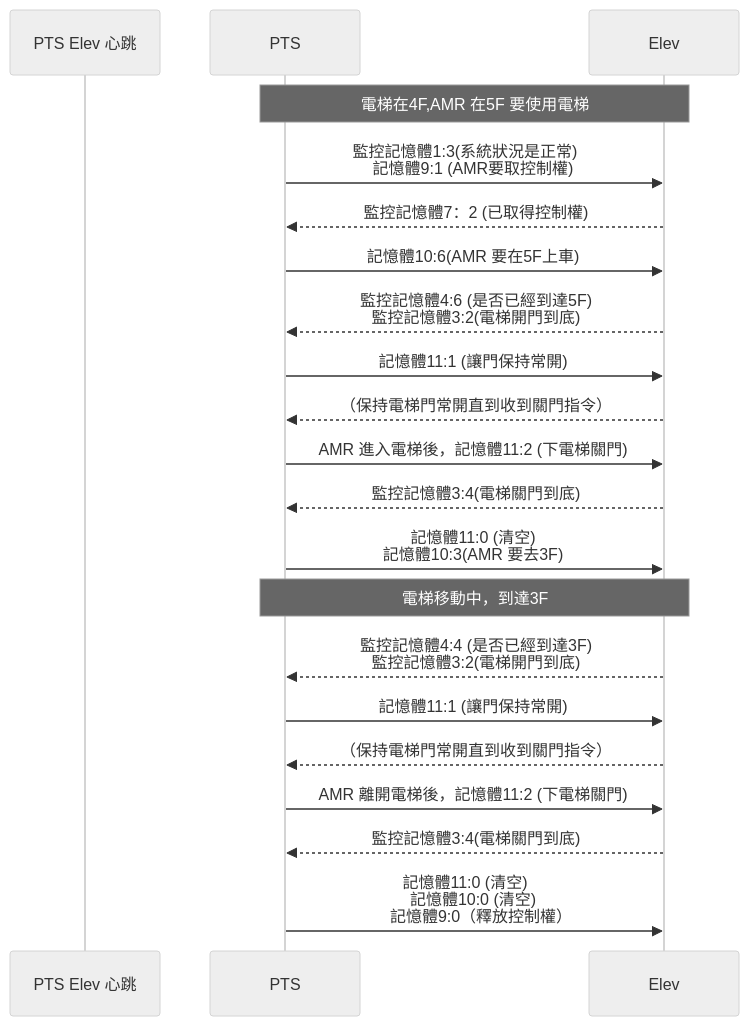
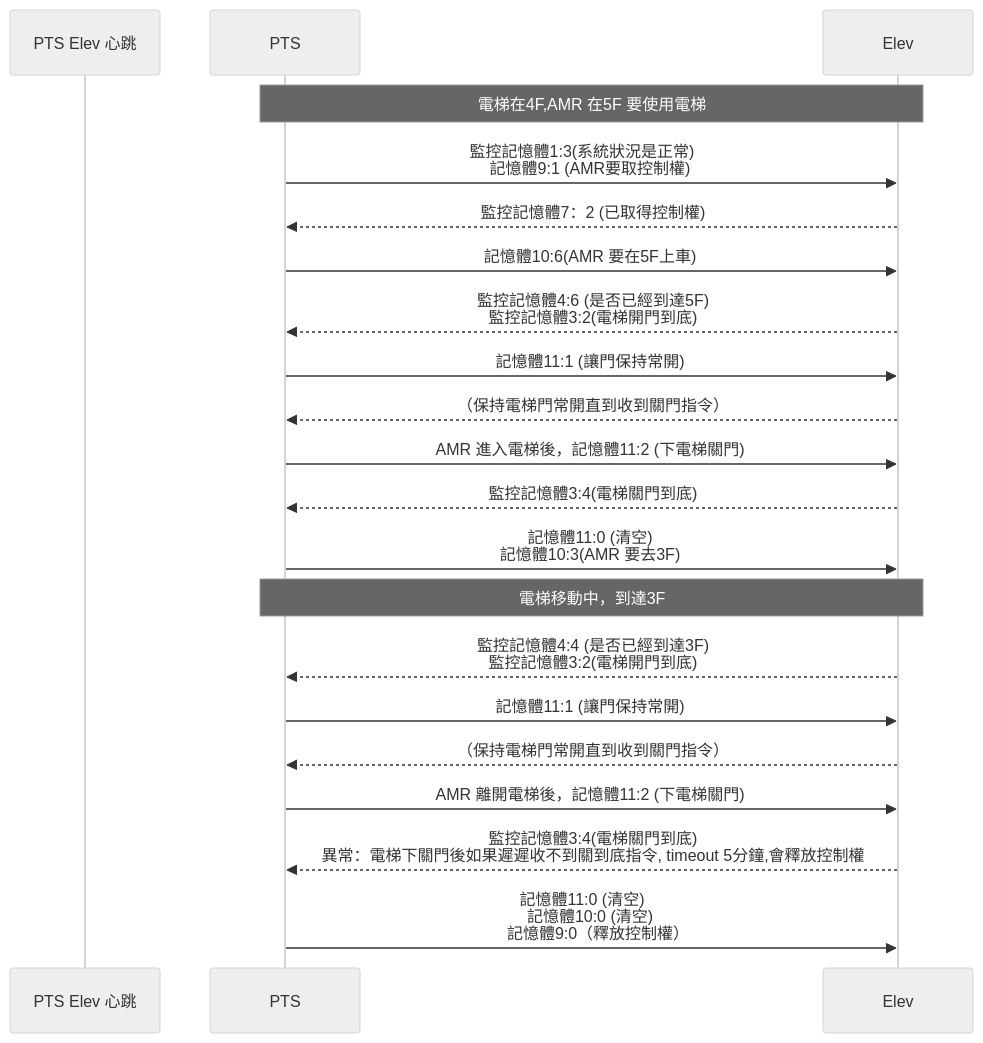
The second of 2 diagrams in README.md (athena-tircgo/amr-elev-Zhunan), drawn with Mermaid (neutral theme) before and after one commit.

````diff
--- a/README.md
+++ b/README.md
@@ -23,26 +23,26 @@
 ```mermaid
 sequenceDiagram
 
     participant PTS Elev 心跳
     participant PTS
     participant Elev
 
  note over PTS,Elev: 電梯在4F,AMR 在5F 要使用電梯
         PTS->>Elev:監控記憶體1:3(系統狀況是正常)　<br>記憶體9:1 (AMR要取控制權)
         Elev-->>PTS:監控記憶體7：2 (已取得控制權)
         PTS->>Elev: 記憶體10:6(AMR 要在5F上車)
         Elev-->>PTS:監控記憶體4:6 (是否已經到達5F) <BR> 監控記憶體3:2(電梯開門到底)
         PTS->>Elev: 記憶體11:1 (讓門保持常開)
         Elev-->>PTS:（保持電梯門常開直到收到關門指令）　　
         PTS->>Elev: AMR 進入電梯後，記憶體11:2 (下電梯關門)
         Elev-->>PTS: 監控記憶體3:4(電梯關門到底)
         PTS->>Elev: 記憶體11:0 (清空) <br> 記憶體10:3(AMR 要去3F)
  note over PTS,Elev: 電梯移動中，到達3F
 　　　　　Elev-->>PTS: 監控記憶體4:4 (是否已經到達3F) <BR> 監控記憶體3:2(電梯開門到底)
         PTS->>Elev: 記憶體11:1 (讓門保持常開)
         Elev-->>PTS:（保持電梯門常開直到收到關門指令）　　　
         PTS->>Elev: AMR 離開電梯後，記憶體11:2 (下電梯關門)
-        Elev-->>PTS: 監控記憶體3:4(電梯關門到底)
+        Elev-->>PTS: 監控記憶體3:4(電梯關門到底) <br> 異常：電梯下關門後如果遲遲收不到關到底指令, timeout 5分鐘,會釋放控制權
         PTS->>Elev: 記憶體11:0 (清空)　<br> 記憶體10:0 (清空) <br>　記憶體9:0（釋放控制權）
 　　　　　
 ```
````
